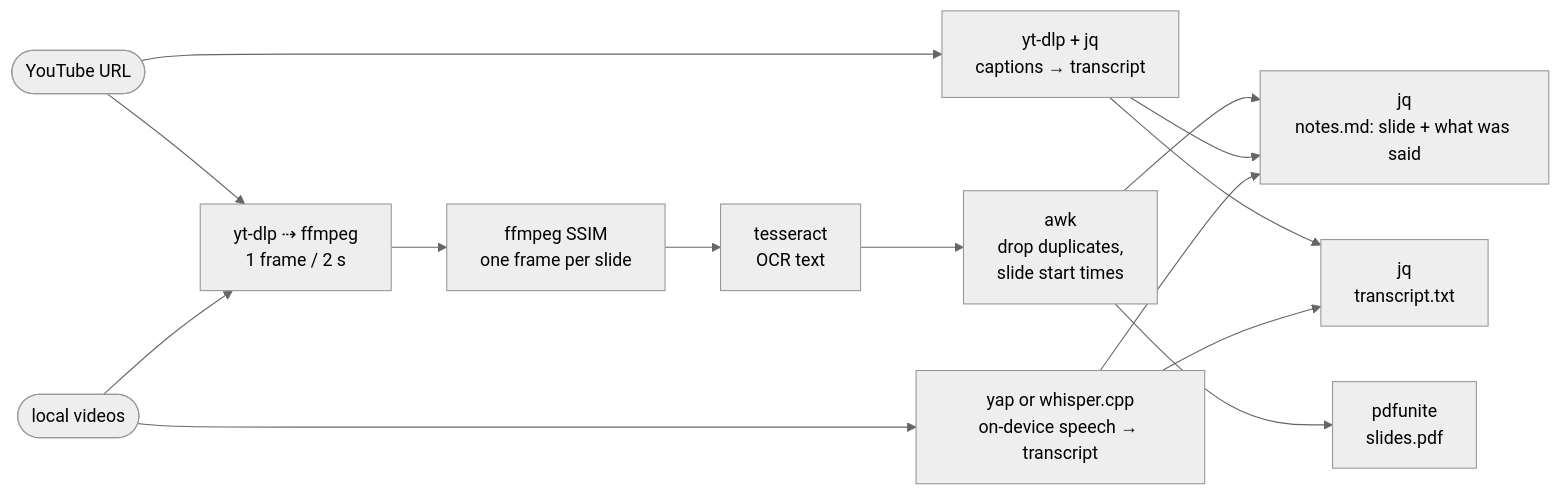
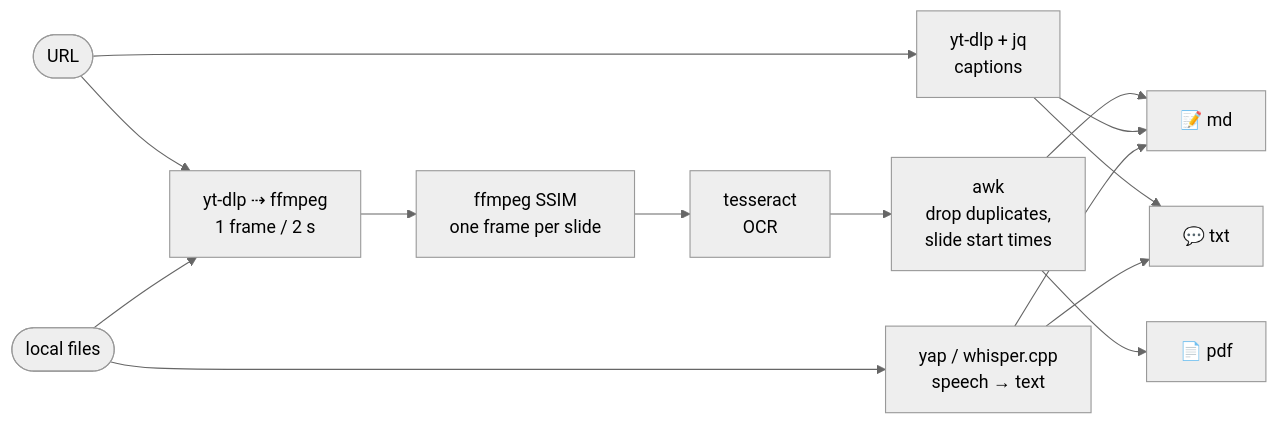
The second of 2 diagrams in README.md (jcxk/video2info), drawn with Mermaid (neutral theme) before and after one commit. The commit also changed other lines of this file, not shown here.

````diff
--- a/README.md
+++ b/README.md
@@ -22,16 +119,16 @@
 ```mermaid
 flowchart LR
-    U([YouTube URL]) --> C[yt-dlp + jq<br/>captions → transcript]
+    U([URL]) --> C[yt-dlp + jq<br/>captions]
     U --> S[yt-dlp ⇢ ffmpeg<br/>1 frame / 2 s]
-    F([local videos]) --> Y[yap or whisper.cpp<br/>on-device speech → transcript]
+    F([local files]) --> Y[yap / whisper.cpp<br/>speech → text]
     F --> S
     S --> X[ffmpeg SSIM<br/>one frame per slide]
-    X --> O[tesseract<br/>OCR text]
+    X --> O[tesseract<br/>OCR]
     O --> W[awk<br/>drop duplicates,<br/>slide start times]
-    W --> MD[jq<br/>notes.md: slide + what was said]
+    W --> MD[📝 md]
     C --> MD
     Y --> MD
-    W --> P[pdfunite<br/>slides.pdf]
-    C --> TX[jq<br/>transcript.txt]
+    W --> P[📄 pdf]
+    C --> TX[💬 txt]
     Y --> TX
 ```
````
